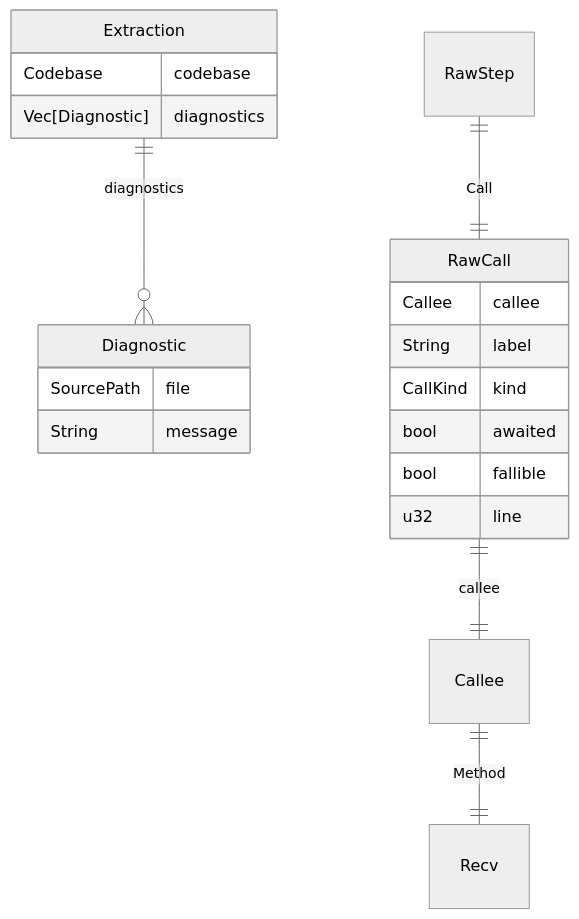
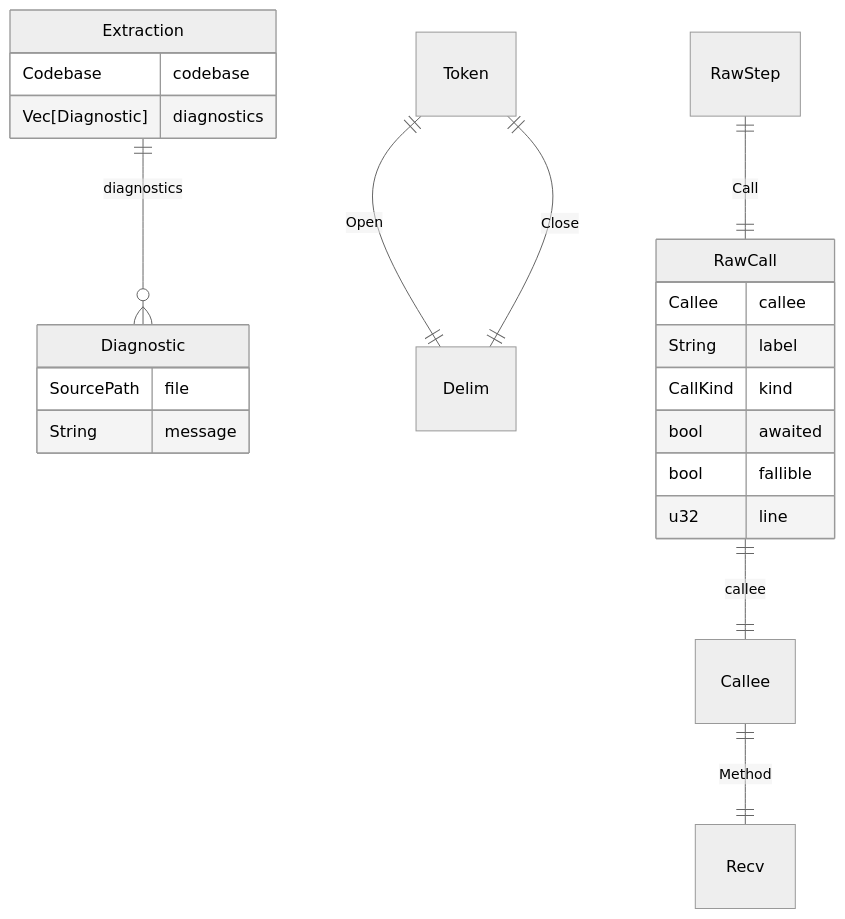
Before and after one commit to DreamLab-AI/codemaid: the eighth of 12 diagrams in docs/sealmap/_overview.md, drawn with Mermaid (neutral theme). The commit also changed other lines of this file and 45 other files, not shown here.

First line of the commit message:
docs: regenerate the self-corpus for sym: ids and schema v2

````diff
--- a/docs/sealmap/_overview.md
+++ b/docs/sealmap/_overview.md
@@ -269,26 +289,30 @@
 ```mermaid
 erDiagram
-  sealmap_frontend__Diagnostic["Diagnostic"] {
+  sealmap_frontend___tDiagnostic["Diagnostic"] {
     SourcePath file
     String message
   }
-  sealmap_frontend__Extraction["Extraction"] {
+  sealmap_frontend___tExtraction["Extraction"] {
     Codebase codebase
     Vec[Diagnostic] diagnostics
   }
-  sealmap_frontend__raw__Callee["Callee"]
-  sealmap_frontend__raw__RawCall["RawCall"] {
+  sealmap_frontend__fingerprint___tDelim["Delim"]
+  sealmap_frontend__fingerprint___tToken["Token"]
+  sealmap_frontend__raw___tCallee["Callee"]
+  sealmap_frontend__raw___tRawCall["RawCall"] {
     Callee callee
     String label
     CallKind kind
     bool awaited
     bool fallible
     u32 line
   }
-  sealmap_frontend__raw__RawStep["RawStep"]
-  sealmap_frontend__raw__Recv["Recv"]
-  sealmap_frontend__Extraction ||--o{ sealmap_frontend__Diagnostic : "diagnostics"
-  sealmap_frontend__raw__Callee ||--|| sealmap_frontend__raw__Recv : "Method"
-  sealmap_frontend__raw__RawCall ||--|| sealmap_frontend__raw__Callee : "callee"
-  sealmap_frontend__raw__RawStep ||--|| sealmap_frontend__raw__RawCall : "Call"
+  sealmap_frontend__raw___tRawStep["RawStep"]
+  sealmap_frontend__raw___tRecv["Recv"]
+  sealmap_frontend___tExtraction ||--o{ sealmap_frontend___tDiagnostic : "diagnostics"
+  sealmap_frontend__fingerprint___tToken ||--|| sealmap_frontend__fingerprint___tDelim : "Open"
+  sealmap_frontend__fingerprint___tToken ||--|| sealmap_frontend__fingerprint___tDelim : "Close"
+  sealmap_frontend__raw___tCallee ||--|| sealmap_frontend__raw___tRecv : "Method"
+  sealmap_frontend__raw___tRawCall ||--|| sealmap_frontend__raw___tCallee : "callee"
+  sealmap_frontend__raw___tRawStep ||--|| sealmap_frontend__raw___tRawCall : "Call"
 ```
````
